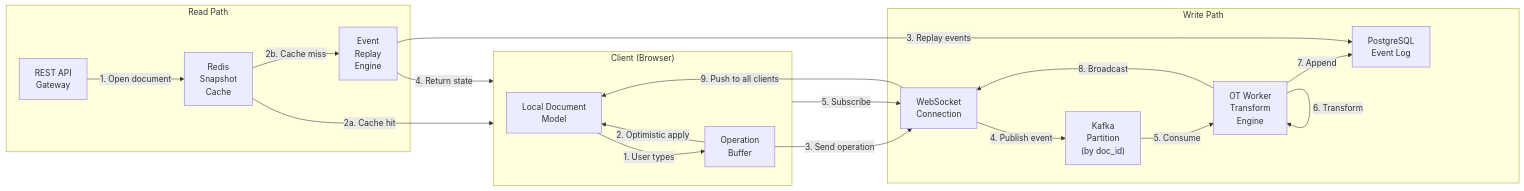
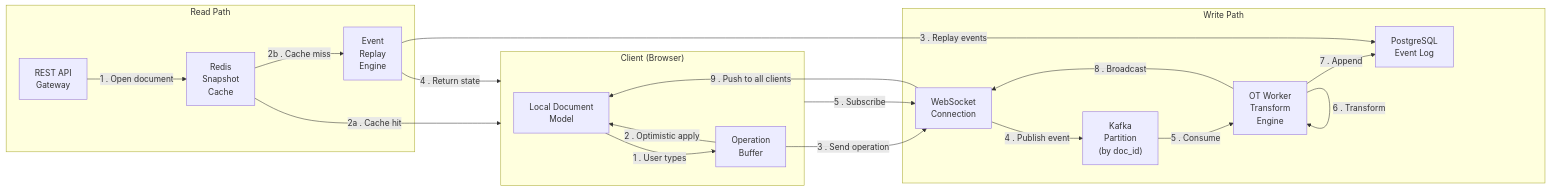
Before and after one commit to piyush7199/hld-architecture-handbook: the second of 14 diagrams in 03-challenges/3.4.6-collaborative-editor/hld-diagram.md, drawn with Mermaid. The commit also changed other lines of this file and 18 other files, not shown here.

````diff
--- a/03-challenges/3.4.6-collaborative-editor/hld-diagram.md
+++ b/03-challenges/3.4.6-collaborative-editor/hld-diagram.md
@@ -144,37 +144,36 @@
 ```mermaid
 graph LR
     subgraph Client["Client (Browser)"]
         LocalDoc["Local Document<br/>Model"]
         OpBuffer["Operation<br/>Buffer"]
     end
 
     subgraph Write["Write Path"]
         WS["WebSocket<br/>Connection"]
         Kafka["Kafka<br/>Partition<br/>(by doc_id)"]
         OT["OT Worker<br/>Transform<br/>Engine"]
         EventLog["PostgreSQL<br/>Event Log"]
     end
 
     subgraph Read["Read Path"]
         API["REST API<br/>Gateway"]
         Redis["Redis<br/>Snapshot<br/>Cache"]
         Reconstruct["Event<br/>Replay<br/>Engine"]
     end
 
-    LocalDoc -->|1. User types| OpBuffer
-    OpBuffer -->|2. Optimistic apply| LocalDoc
-    OpBuffer -->|3. Send operation| WS
-    WS -->|4. Publish event| Kafka
-    Kafka -->|5. Consume| OT
-    OT -->|6. Transform| OT
-    OT -->|7. Append| EventLog
-    OT -->|8. Broadcast| WS
-    WS -->|9. Push to all clients| LocalDoc
-
-    API -->|1. Open document| Redis
-    Redis -->|2a. Cache hit| Client
-    Redis -->|2b. Cache miss| Reconstruct
-    Reconstruct -->|3. Replay events| EventLog
-    Reconstruct -->|4. Return state| Client
-    Client -->|5. Subscribe| WS
+    LocalDoc -->|1 . User types| OpBuffer
+    OpBuffer -->|2 . Optimistic apply| LocalDoc
+    OpBuffer -->|3 . Send operation| WS
+    WS -->|4 . Publish event| Kafka
+    Kafka -->|5 . Consume| OT
+    OT -->|6 . Transform| OT
+    OT -->|7 . Append| EventLog
+    OT -->|8 . Broadcast| WS
+    WS -->|9 . Push to all clients| LocalDoc
+    API -->|1 . Open document| Redis
+    Redis -->|2a . Cache hit| Client
+    Redis -->|2b . Cache miss| Reconstruct
+    Reconstruct -->|3 . Replay events| EventLog
+    Reconstruct -->|4 . Return state| Client
+    Client -->|5 . Subscribe| WS
 ```
````
